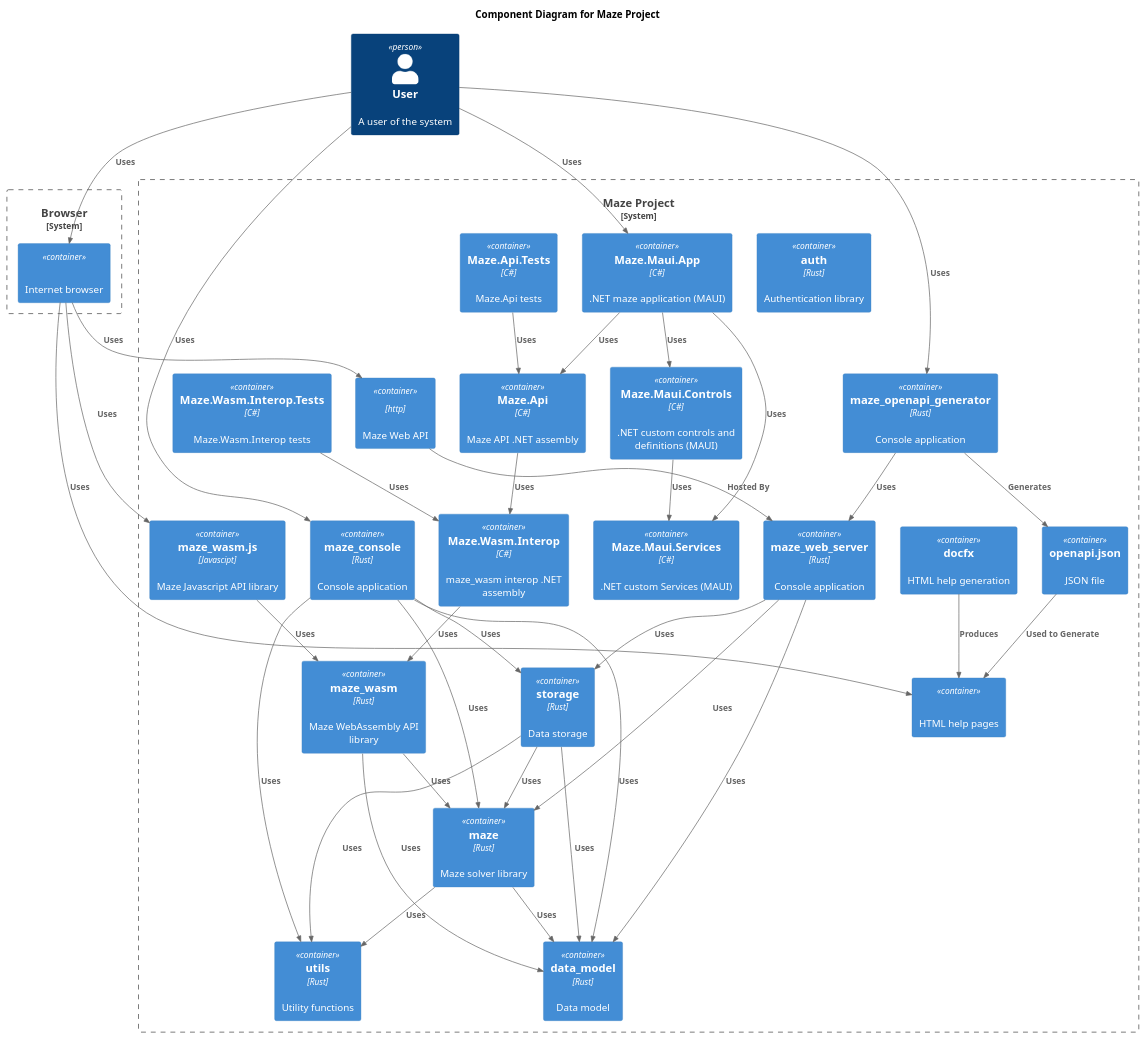
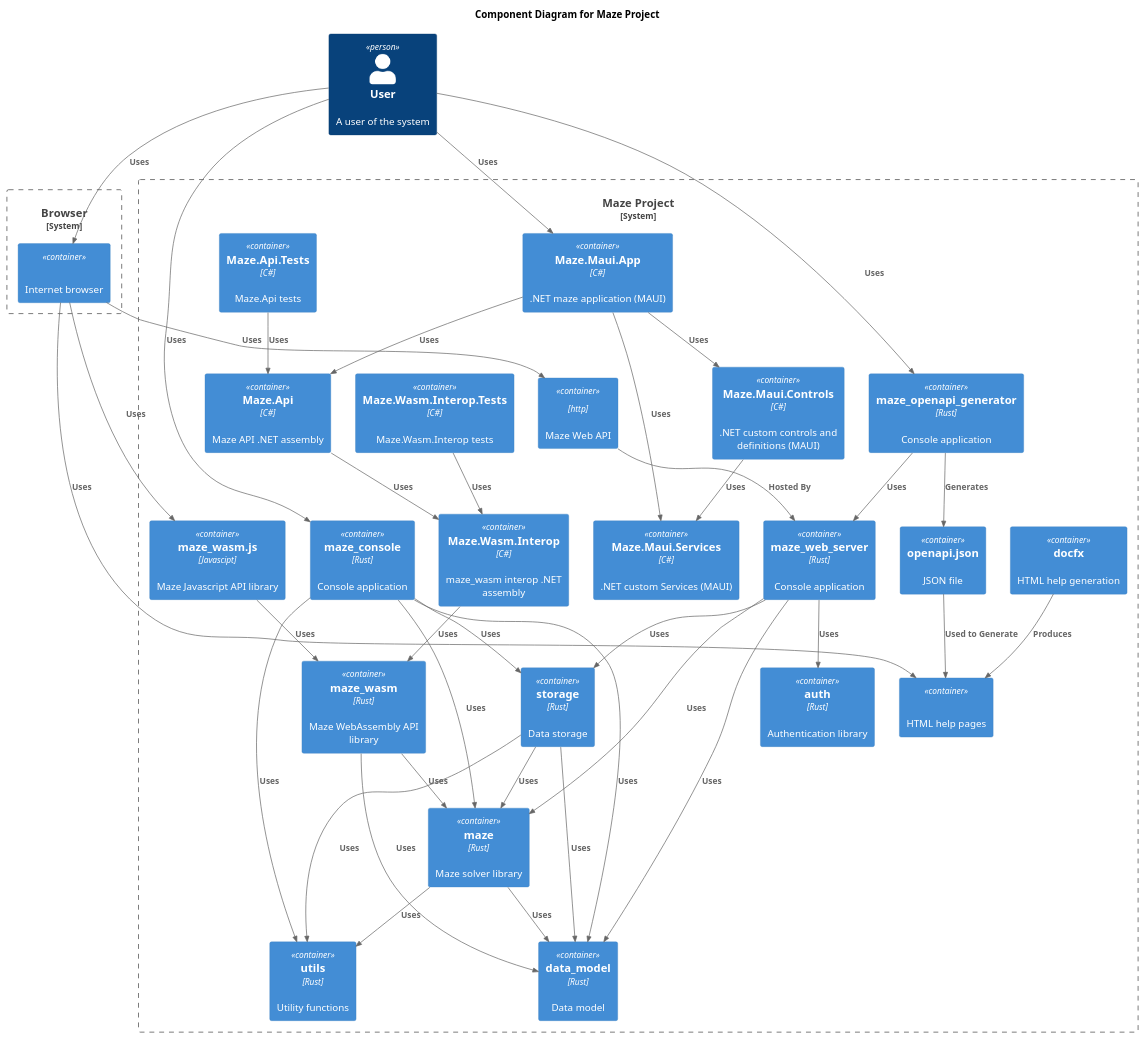
The diagram in docs/diagrams/components.puml (budgiedownunder/maze), drawn with PlantUML before and after one commit.

Commit message:
Update components diagram

```diff
--- a/docs/diagrams/components.puml
+++ b/docs/diagrams/components.puml
@@ -2,73 +2,74 @@
 @startuml
 
 !include https://raw.githubusercontent.com/plantuml-stdlib/C4-PlantUML/master/C4_Container.puml
 
 title Component Diagram for Maze Project
 
 Person(user, "User", "A user of the system")
 
 System_Boundary(c1, "Browser") {
     Container(browser, "", "", "Internet browser")
 }
 
 System_Boundary(c2, "Maze Project") {
     Container(html_help, "", "", "HTML help pages")
     Container(auth, "auth", "Rust", "Authentication library")
     Container(data_model, "data_model", "Rust", "Data model")
     Container(docfx, "docfx", "", "HTML help generation")
     Container(maze, "maze", "Rust", "Maze solver library")
     Container(maze_maui_app_net, "Maze.Maui.App", "C#", ".NET maze application (MAUI)")
     Container(maze_maui_controls_net, "Maze.Maui.Controls", "C#", ".NET custom controls and definitions (MAUI)")
     Container(maze_maui_services_net, "Maze.Maui.Services", "C#", ".NET custom Services (MAUI)")
     Container(maze_api_net_tests, "Maze.Api.Tests", "C#", "Maze.Api tests")
     Container(maze_api_net, "Maze.Api", "C#", "Maze API .NET assembly")
     Container(maze_wasm_interop_net_tests, "Maze.Wasm.Interop.Tests", "C#", "Maze.Wasm.Interop tests")
     Container(maze_wasm_interop_net, "Maze.Wasm.Interop", "C#", "maze_wasm interop .NET assembly")
     Container(maze_wasm_js, "maze_wasm.js", "Javascipt", "Maze Javascript API library")
     Container(maze_wasm, "maze_wasm", "Rust", "Maze WebAssembly API library")
     Container(maze_console, "maze_console", "Rust", "Console application")
     Container(maze_web_api, "", "http", "Maze Web API")
     Container(maze_web_server, "maze_web_server", "Rust", "Console application")
     Container(maze_openapi_generator, "maze_openapi_generator", "Rust", "Console application")
     Container(openapi_json, "openapi.json", "", "JSON file")
     Container(storage, "storage", "Rust", "Data storage")
     Container(utils, "utils", "Rust", "Utility functions")
 }
 
 Rel(user, browser, "Uses")
 Rel(browser, html_help, "Uses")
 Rel(browser, maze_wasm_js, "Uses")
 Rel(docfx, html_help, "Produces")
 Rel(user, maze_console, "Uses")
 Rel(maze_console, data_model, "Uses")
 Rel(maze_console, maze, "Uses")
 Rel(maze_console, storage, "Uses")
 Rel(maze_console, utils, "Uses")
 Rel(browser, maze_web_api, "Uses")
 Rel(maze_web_api, maze_web_server, "Hosted By")
+Rel(maze_web_server, auth, "Uses")
 Rel(maze_web_server, data_model, "Uses")
 Rel(maze_web_server, maze, "Uses")
 Rel(maze_web_server, storage, "Uses")
 Rel(user, maze_openapi_generator, "Uses")
 Rel(maze_openapi_generator, maze_web_server, "Uses")
 Rel(maze_openapi_generator, openapi_json, "Generates")
 Rel(openapi_json, html_help, "Used to Generate")
 Rel(user, maze_maui_app_net, "Uses")
 Rel(maze_maui_app_net, maze_maui_controls_net, "Uses")
 Rel(maze_maui_app_net, maze_maui_services_net, "Uses")
 Rel(maze_maui_app_net, maze_api_net, "Uses")
 Rel(maze_maui_controls_net, maze_maui_services_net, "Uses")
 Rel(maze_api_net_tests, maze_api_net, "Uses")
 Rel(maze_api_net, maze_wasm_interop_net, "Uses")
 Rel(maze_wasm_interop_net_tests, maze_wasm_interop_net, "Uses")
 Rel(maze_wasm_interop_net, maze_wasm, "Uses")
 Rel(maze_wasm_js, maze_wasm, "Uses")
 Rel(maze_wasm, data_model, "Uses")
 Rel(maze_wasm, maze, "Uses")
 Rel(storage, data_model, "Uses")
 Rel(storage, maze, "Uses")
 Rel(storage, utils, "Uses")
 Rel(maze, data_model, "Uses")
 Rel(maze, utils, "Uses")
 
 @enduml
```
